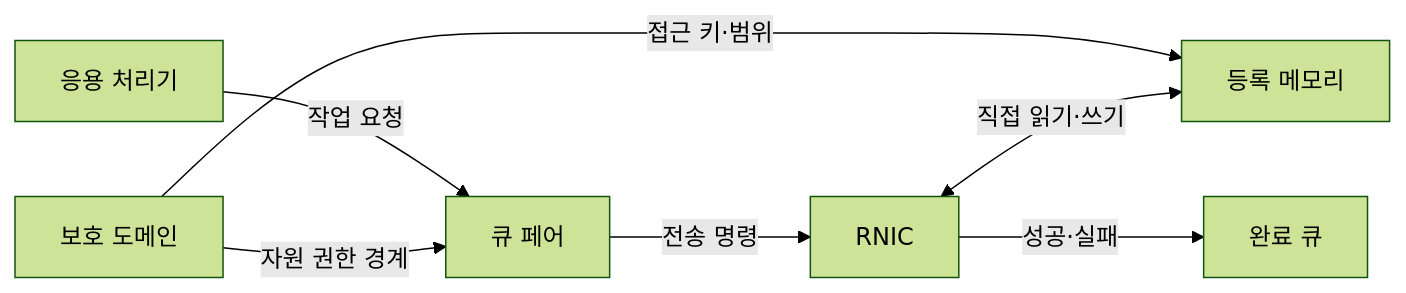
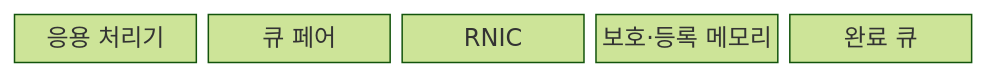
The first of 2 diagrams in src/content/docs/notes/04-network/102_rdma.md (agnusdei1207/knowledge-base), drawn with Mermaid (forest theme) before and after one commit. The commit also changed other lines of this file and 21 other files, not shown here.

````diff
--- a/src/content/docs/notes/04-network/102_rdma.md
+++ b/src/content/docs/notes/04-network/102_rdma.md
@@ -55,9 +55,9 @@
 ```mermaid
-flowchart LR
-    A["응용 처리기"] -->|작업 요청| B["큐 페어"]
-    B -->|전송 명령| C["RNIC"]
-    D["보호 도메인"] -->|자원 권한 경계| B
-    D -->|접근 키·범위| E["등록 메모리"]
-    C <-->|직접 읽기·쓰기| E
-    C -->|성공·실패| F["완료 큐"]
+block-beta
+    columns 5
+    A["응용 처리기"]
+    B["큐 페어"]
+    C["RNIC"]
+    D["보호·등록 메모리"]
+    E["완료 큐"]
 ```
````
